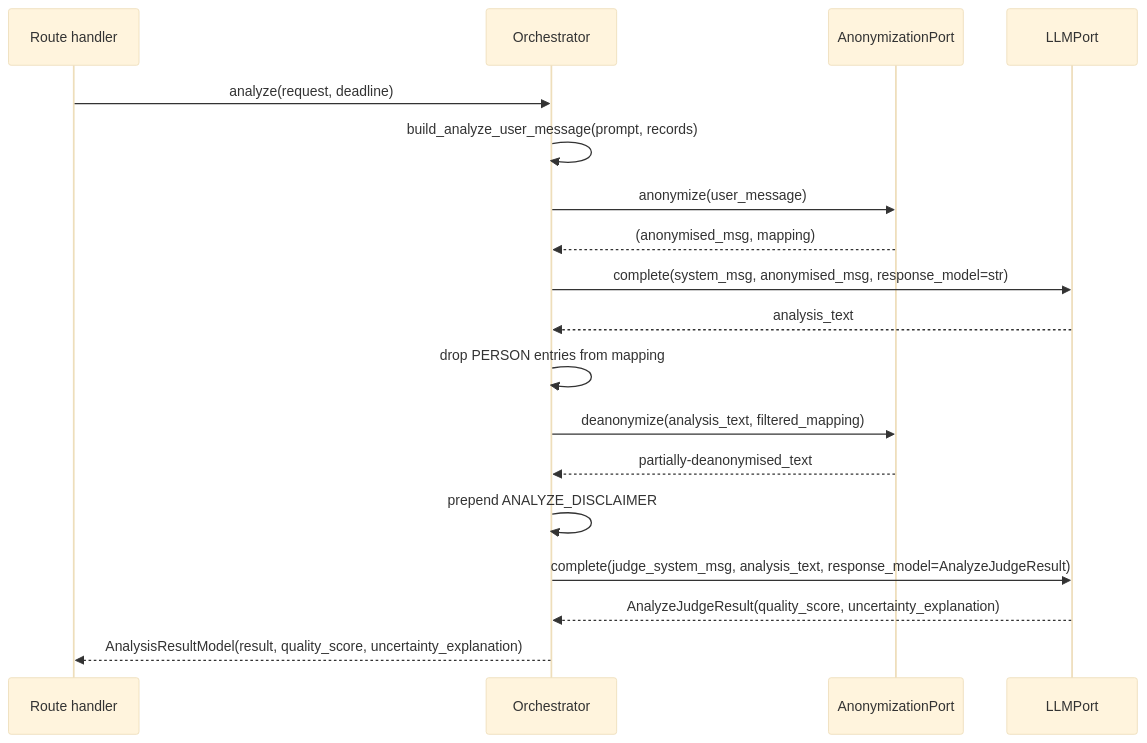
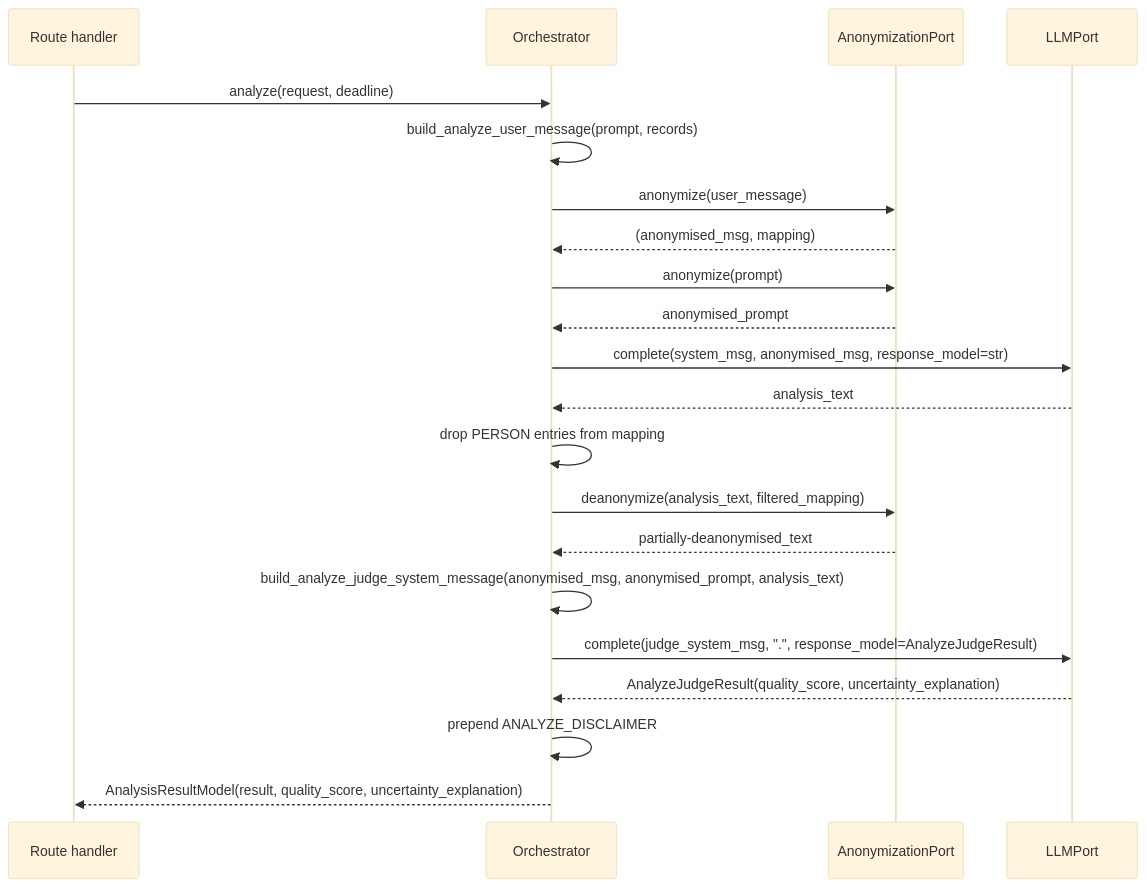
The diagram in docs/architecture/06-prompt-envelope.md (rodekruis/qualitative-feedback-analysis), drawn with Mermaid (base theme) before and after one commit. The commit also changed other lines of this file and 8 other files, not shown here.

First line of the commit message:
fix(analyze): address PR #126 review (quote escape, judge anonymisation, response shape)

````diff
--- a/docs/architecture/06-prompt-envelope.md
+++ b/docs/architecture/06-prompt-envelope.md
@@ -136,21 +146,24 @@
 ```mermaid
 sequenceDiagram
     participant route as Route handler
     participant orch as Orchestrator
     participant anon as AnonymizationPort
     participant llm as LLMPort
 
     route->>orch: analyze(request, deadline)
     orch->>orch: build_analyze_user_message(prompt, records)
     orch->>anon: anonymize(user_message)
     anon-->>orch: (anonymised_msg, mapping)
+    orch->>anon: anonymize(prompt)
+    anon-->>orch: anonymised_prompt
     orch->>llm: complete(system_msg, anonymised_msg, response_model=str)
     llm-->>orch: analysis_text
     orch->>orch: drop PERSON entries from mapping
     orch->>anon: deanonymize(analysis_text, filtered_mapping)
     anon-->>orch: partially-deanonymised_text
+    orch->>orch: build_analyze_judge_system_message(anonymised_msg, anonymised_prompt, analysis_text)
+    orch->>llm: complete(judge_system_msg, ".", response_model=AnalyzeJudgeResult)
+    llm-->>orch: AnalyzeJudgeResult(quality_score, uncertainty_explanation)
     orch->>orch: prepend ANALYZE_DISCLAIMER
-    orch->>llm: complete(judge_system_msg, analysis_text, response_model=AnalyzeJudgeResult)
-    llm-->>orch: AnalyzeJudgeResult(quality_score, uncertainty_explanation)
     orch-->>route: AnalysisResultModel(result, quality_score, uncertainty_explanation)
 ```
````
